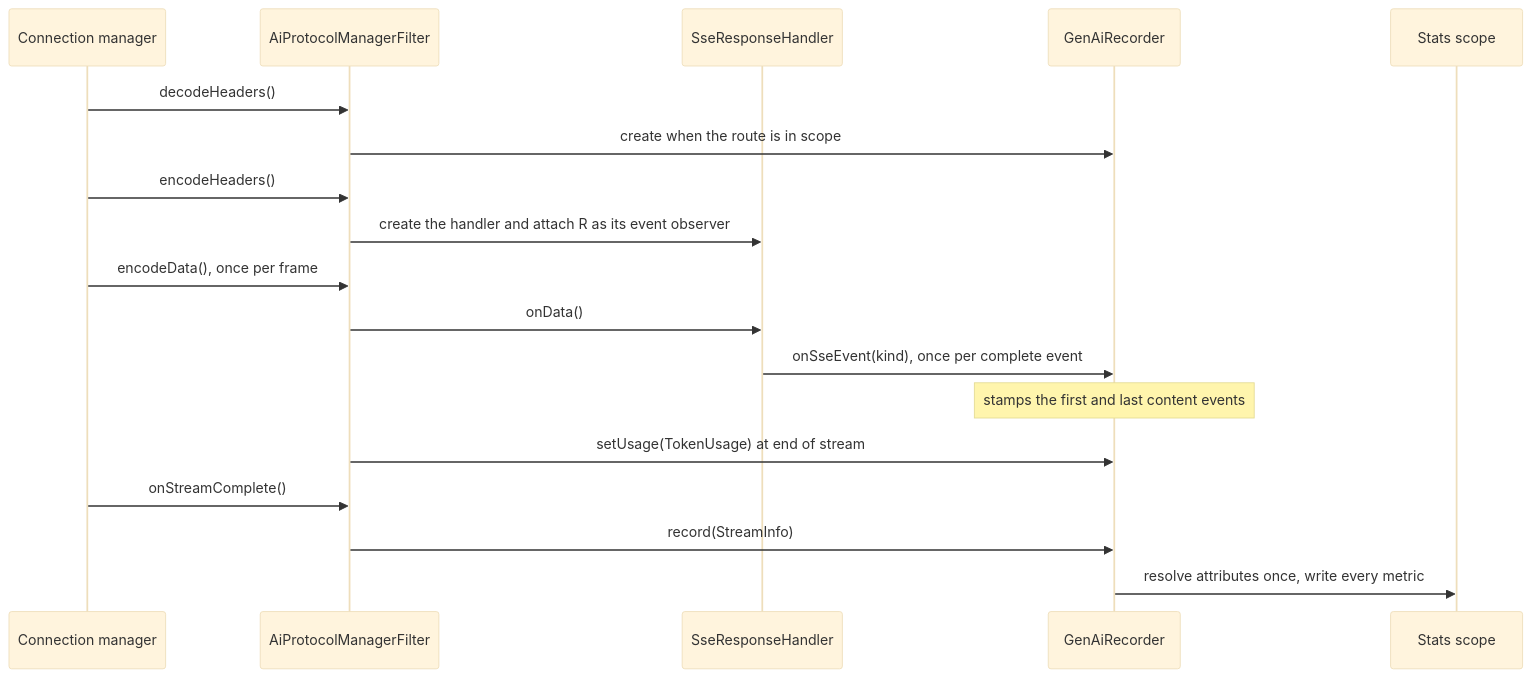
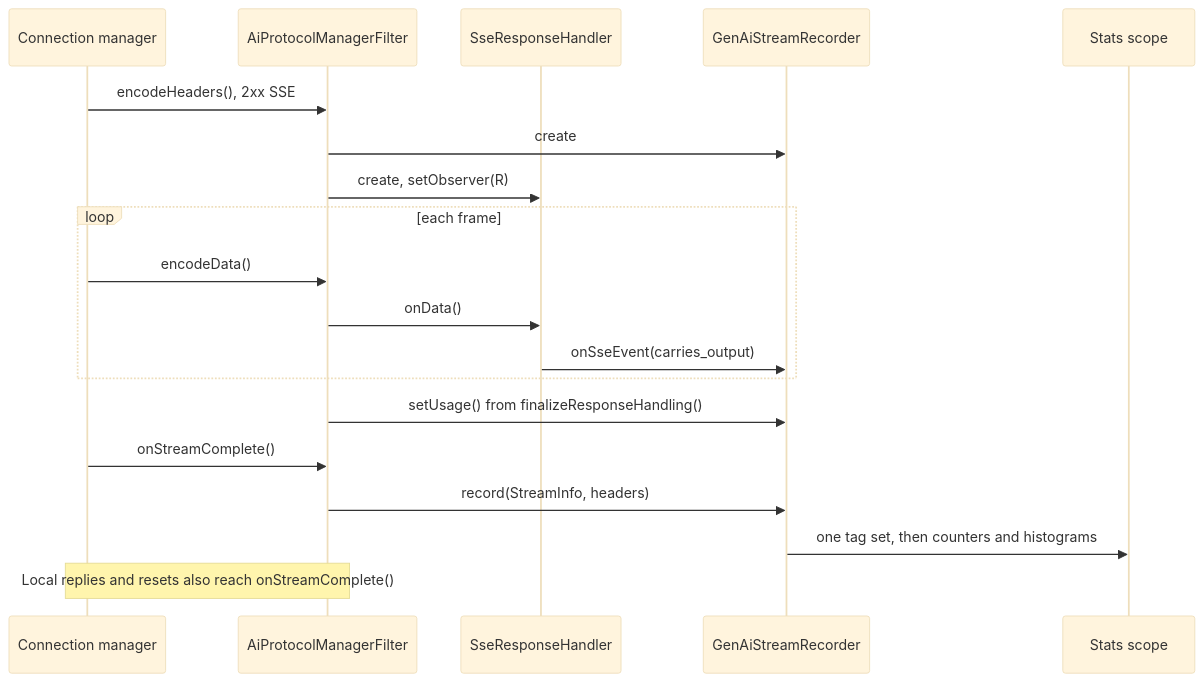
The third of 4 diagrams in source/docs/ai_gen_ai_semconv.md (botengyao/envoy), drawn with Mermaid (base theme) before and after one commit. The commit also changed other lines of this file, not shown here.

Commit message:
ai_protocol_manager: detail GenAI metrics MVP and Phase 1 PR plan

````diff
--- a/source/docs/ai_gen_ai_semconv.md
+++ b/source/docs/ai_gen_ai_semconv.md
@@ -126,20 +202,21 @@
 ```mermaid
 sequenceDiagram
   participant HCM as Connection manager
   participant F as AiProtocolManagerFilter
   participant H as SseResponseHandler
-  participant R as GenAiRecorder
+  participant R as GenAiStreamRecorder
   participant S as Stats scope
-  HCM->>F: decodeHeaders()
-  F->>R: create when the route is in scope
-  HCM->>F: encodeHeaders()
-  F->>H: create the handler and attach R as its event observer
-  HCM->>F: encodeData(), once per frame
-  F->>H: onData()
-  H->>R: onSseEvent(kind), once per complete event
-  Note over R: stamps the first and last content events
-  F->>R: setUsage(TokenUsage) at end of stream
+  HCM->>F: encodeHeaders(), 2xx SSE
+  F->>R: create
+  F->>H: create, setObserver(R)
+  loop each frame
+    HCM->>F: encodeData()
+    F->>H: onData()
+    H->>R: onSseEvent(carries_output)
+  end
+  F->>R: setUsage() from finalizeResponseHandling()
   HCM->>F: onStreamComplete()
-  F->>R: record(StreamInfo)
-  R->>S: resolve attributes once, write every metric
+  F->>R: record(StreamInfo, headers)
+  R->>S: one tag set, then counters and histograms
+  Note over HCM,F: Local replies and resets also reach onStreamComplete()
 ```
````
